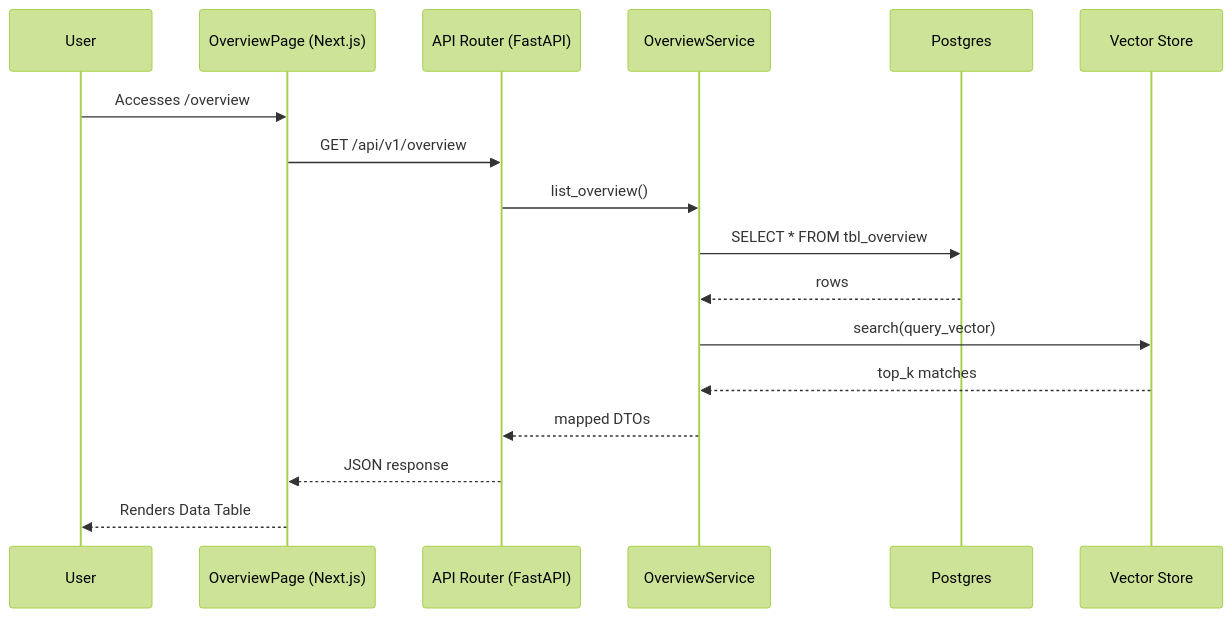
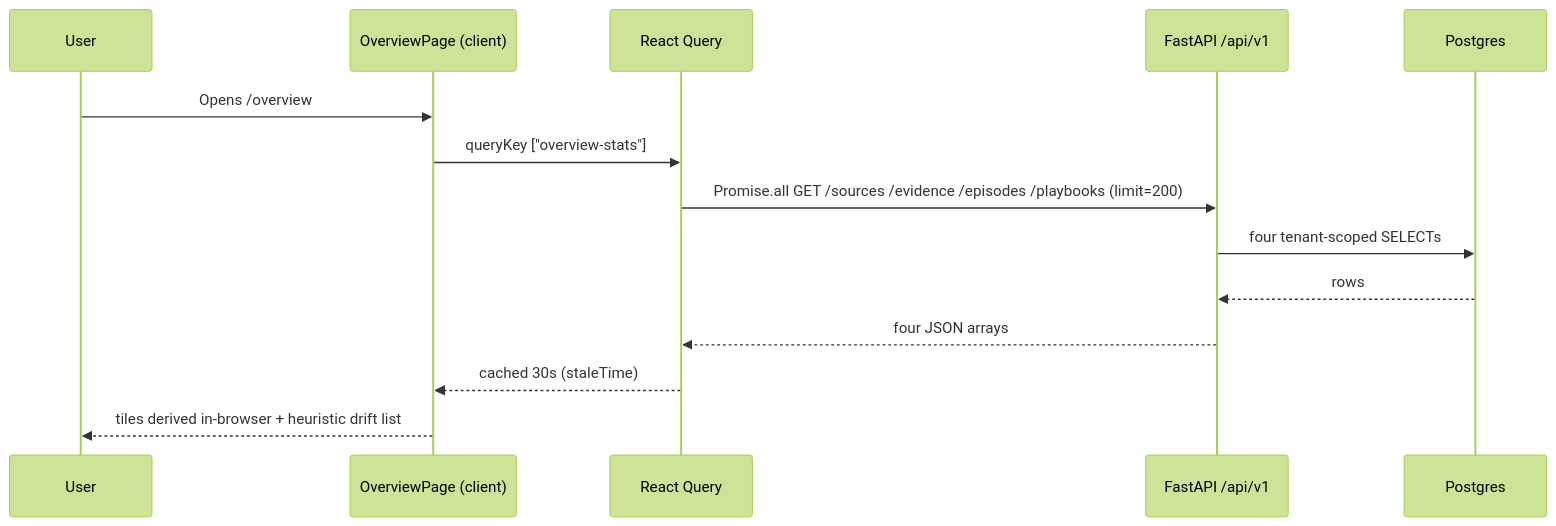
The first of 26 diagrams in docs/11_UI_Tabs_Explanation.md (Valuedx/ContextEdge), drawn with Mermaid (forest theme) before and after one commit. The commit also changed other lines of this file and 48 other files, not shown here.

````diff
--- a/docs/11_UI_Tabs_Explanation.md
+++ b/docs/11_UI_Tabs_Explanation.md
@@ -65,20 +121,17 @@
 ```mermaid
 sequenceDiagram
     participant User
-    participant Frontend as OverviewPage (Next.js)
-    participant API as API Router (FastAPI)
-    participant Service as OverviewService
+    participant Page as OverviewPage (client)
+    participant RQ as React Query
+    participant API as FastAPI /api/v1
     participant DB as Postgres
-    participant Vector as Vector Store
-    
-    User->>Frontend: Accesses /overview
-    Frontend->>API: GET /api/v1/overview
-    API->>Service: list_overview()
-    Service->>DB: SELECT * FROM tbl_overview
-    DB-->>Service: rows
-    Service->>Vector: search(query_vector)
-    Vector-->>Service: top_k matches
-    Service-->>API: mapped DTOs
-    API-->>Frontend: JSON response
-    Frontend-->>User: Renders Data Table
+
+    User->>Page: Opens /overview
+    Page->>RQ: queryKey ["overview-stats"]
+    RQ->>API: Promise.all GET /sources /evidence /episodes /playbooks (limit=200)
+    API->>DB: four tenant-scoped SELECTs
+    DB-->>API: rows
+    API-->>RQ: four JSON arrays
+    RQ-->>Page: cached 30s (staleTime)
+    Page-->>User: tiles derived in-browser + heuristic drift list
 ```
````
